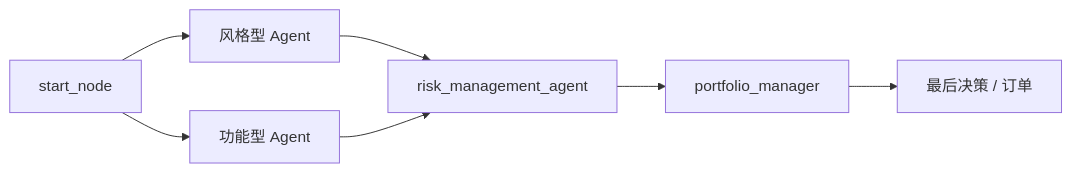
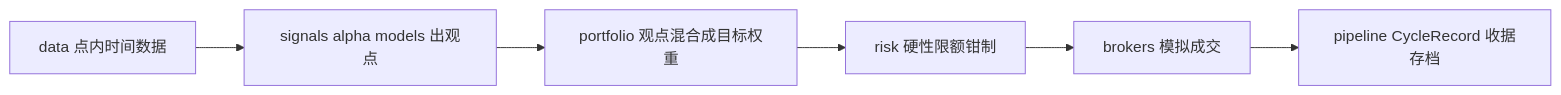
The diagram in content/posts/tech/ai-hedge-fund-multi-agent-trading.md (A1pha3/text-matrix), drawn with Mermaid before and after one commit. The commit also changed other lines of this file and 29 other files, not shown here.

````diff
--- a/content/posts/tech/ai-hedge-fund-multi-agent-trading.md
+++ b/content/posts/tech/ai-hedge-fund-multi-agent-trading.md
@@ -98,9 +71,8 @@
 ```mermaid
 flowchart LR
-    A[start_node] --> B1[风格型 Agent]
-    A --> B2[功能型 Agent]
-    B1 --> C[risk_management_agent]
-    B2 --> C
-    C --> D[portfolio_manager]
-    D --> E[最后决策 / 订单]
+    D[data 点内时间数据] --> S[signals alpha models 出观点]
+    S --> P[portfolio 观点混合成目标权重]
+    P --> R[risk 硬性限额钳制]
+    R --> X[brokers 模拟成交]
+    X --> L[pipeline CycleRecord 收据存档]
 ```
````
